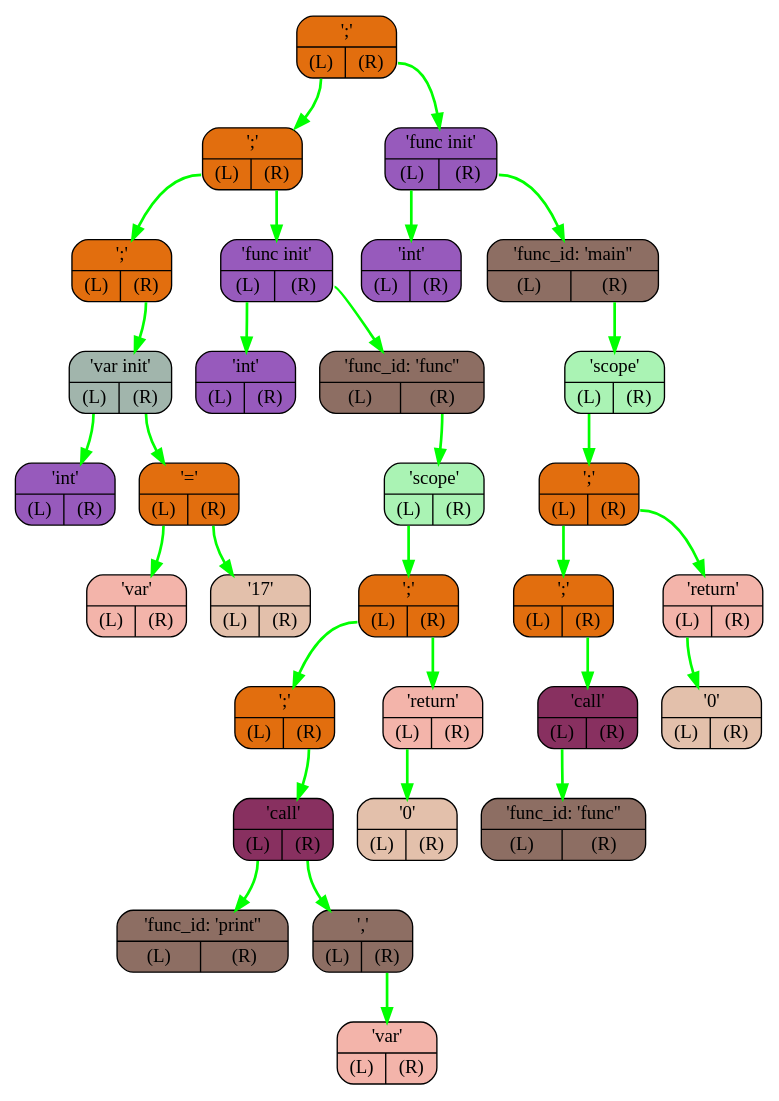
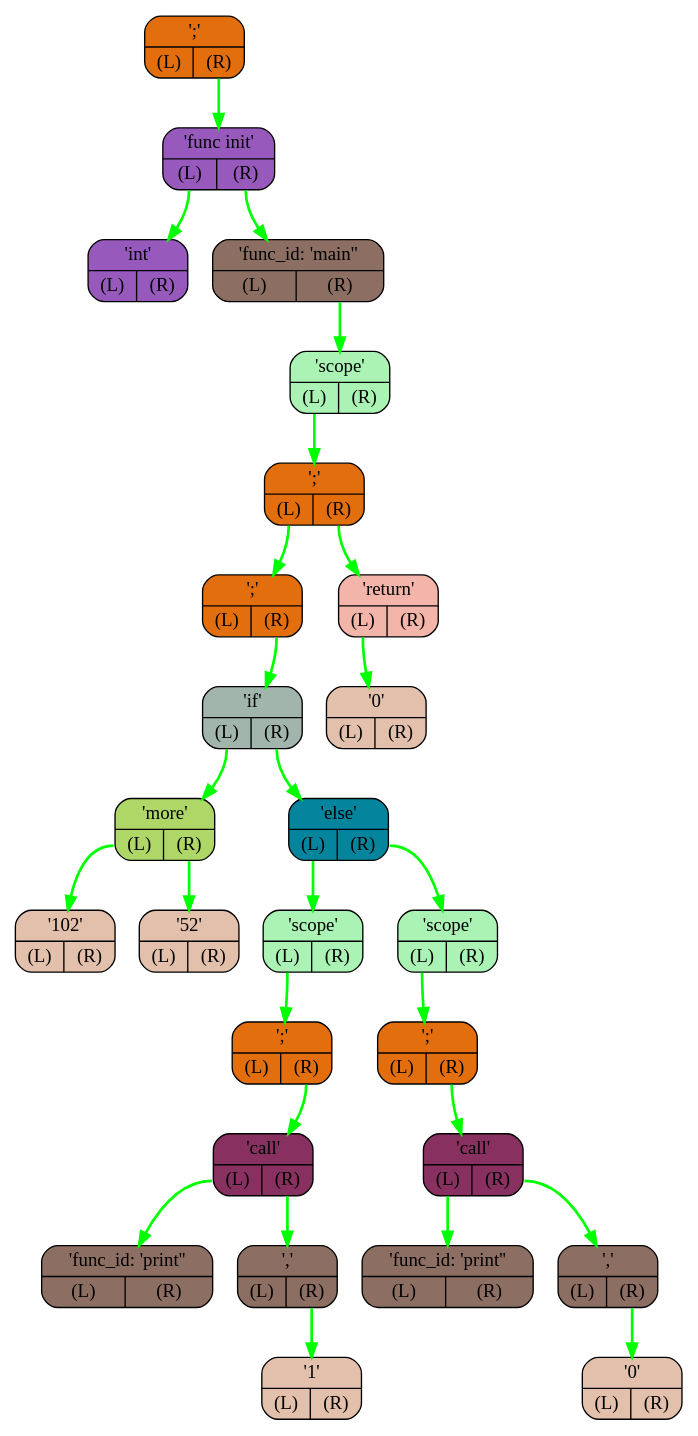
One commit to I1Va/OptimaLang changed the diagram in BackEnd/logs/graph.dot. Above: the diagram before and after it, drawn with Graphviz. The commit also changed 13 other files, not shown here.

```diff
--- a/BackEnd/logs/graph.dot
+++ b/BackEnd/logs/graph.dot
@@ -1,62 +1,54 @@
 digraph G{
     rankdir=TB;
-    NODE0x7ffdbaf1b1d8[shape="Mrecord",color="black",fillcolor="#e26e0e",style="filled",label="{';' | {<L> (L) | <R> (R)}}"]
-    NODE0x7ffdbaf1b200[shape="Mrecord",color="black",fillcolor="#e26e0e",style="filled",label="{';' | {<L> (L) | <R> (R)}}"]
-    NODE0x7ffdbaf1b228[shape="Mrecord",color="black",fillcolor="#e26e0e",style="filled",label="{';' | {<L> (L) | <R> (R)}}"]
-    NODE0x7ffdbaf1b250[shape="Mrecord",color="black",fillcolor="#a1b5ac",style="filled",label="{'var init' | {<L> (L) | <R> (R)}}"]
-    NODE0x7ffdbaf1b278[shape="Mrecord",color="black",fillcolor="#975abc",style="filled",label="{'int' | {<L> (L) | <R> (R)}}"]
-    NODE0x7ffdbaf1b2a0[shape="Mrecord",color="black",fillcolor="#e26e0e",style="filled",label="{'=' | {<L> (L) | <R> (R)}}"]
-    NODE0x7ffdbaf1b2c8[shape="Mrecord",color="black",fillcolor="#f3b4aa",style="filled",label="{'var' | {<L> (L) | <R> (R)}}"]
-    NODE0x7ffdbaf1b2f0[shape="Mrecord",color="black",fillcolor="#e3c0ab",style="filled",label="{'17' | {<L> (L) | <R> (R)}}"]
-    NODE0x7ffdbaf1b318[shape="Mrecord",color="black",fillcolor="#975abc",style="filled",label="{'func init' | {<L> (L) | <R> (R)}}"]
-    NODE0x7ffdbaf1b340[shape="Mrecord",color="black",fillcolor="#975abc",style="filled",label="{'int' | {<L> (L) | <R> (R)}}"]
-    NODE0x7ffdbaf1b368[shape="Mrecord",color="black",fillcolor="#8d6e63",style="filled",label="{'func_id: 'func'' | {<L> (L) | <R> (R)}}"]
-    NODE0x7ffdbaf1b390[shape="Mrecord",color="black",fillcolor="#aaf3b4",style="filled",label="{'scope' | {<L> (L) | <R> (R)}}"]
-    NODE0x7ffdbaf1b3b8[shape="Mrecord",color="black",fillcolor="#e26e0e",style="filled",label="{';' | {<L> (L) | <R> (R)}}"]
-    NODE0x7ffdbaf1b3e0[shape="Mrecord",color="black",fillcolor="#e26e0e",style="filled",label="{';' | {<L> (L) | <R> (R)}}"]
-    NODE0x7ffdbaf1b408[shape="Mrecord",color="black",fillcolor="#883060",style="filled",label="{'call' | {<L> (L) | <R> (R)}}"]
-    NODE0x7ffdbaf1b430[shape="Mrecord",color="black",fillcolor="#8d6e63",style="filled",label="{'func_id: 'print'' | {<L> (L) | <R> (R)}}"]
-    NODE0x7ffdbaf1b458[shape="Mrecord",color="black",fillcolor="#8d6e63",style="filled",label="{',' | {<L> (L) | <R> (R)}}"]
-    NODE0x7ffdbaf1b480[shape="Mrecord",color="black",fillcolor="#f3b4aa",style="filled",label="{'var' | {<L> (L) | <R> (R)}}"]
-    NODE0x7ffdbaf1b4a8[shape="Mrecord",color="black",fillcolor="#f3b4aa",style="filled",label="{'return' | {<L> (L) | <R> (R)}}"]
-    NODE0x7ffdbaf1b4d0[shape="Mrecord",color="black",fillcolor="#e3c0ab",style="filled",label="{'0' | {<L> (L) | <R> (R)}}"]
-    NODE0x7ffdbaf1b4f8[shape="Mrecord",color="black",fillcolor="#975abc",style="filled",label="{'func init' | {<L> (L) | <R> (R)}}"]
-    NODE0x7ffdbaf1b520[shape="Mrecord",color="black",fillcolor="#975abc",style="filled",label="{'int' | {<L> (L) | <R> (R)}}"]
-    NODE0x7ffdbaf1b548[shape="Mrecord",color="black",fillcolor="#8d6e63",style="filled",label="{'func_id: 'main'' | {<L> (L) | <R> (R)}}"]
-    NODE0x7ffdbaf1b570[shape="Mrecord",color="black",fillcolor="#aaf3b4",style="filled",label="{'scope' | {<L> (L) | <R> (R)}}"]
-    NODE0x7ffdbaf1b598[shape="Mrecord",color="black",fillcolor="#e26e0e",style="filled",label="{';' | {<L> (L) | <R> (R)}}"]
-    NODE0x7ffdbaf1b5c0[shape="Mrecord",color="black",fillcolor="#e26e0e",style="filled",label="{';' | {<L> (L) | <R> (R)}}"]
-    NODE0x7ffdbaf1b5e8[shape="Mrecord",color="black",fillcolor="#883060",style="filled",label="{'call' | {<L> (L) | <R> (R)}}"]
-    NODE0x7ffdbaf1b610[shape="Mrecord",color="black",fillcolor="#8d6e63",style="filled",label="{'func_id: 'func'' | {<L> (L) | <R> (R)}}"]
-    NODE0x7ffdbaf1b638[shape="Mrecord",color="black",fillcolor="#f3b4aa",style="filled",label="{'return' | {<L> (L) | <R> (R)}}"]
-    NODE0x7ffdbaf1b660[shape="Mrecord",color="black",fillcolor="#e3c0ab",style="filled",label="{'0' | {<L> (L) | <R> (R)}}"]
-    NODE0x7ffdbaf1b2a0:L-> NODE0x7ffdbaf1b2c8 [color="#00FF00",penwidth=2,label=""]
-    NODE0x7ffdbaf1b2a0:R-> NODE0x7ffdbaf1b2f0 [color="#00FF00",penwidth=2,label=""]
-    NODE0x7ffdbaf1b250:L-> NODE0x7ffdbaf1b278 [color="#00FF00",penwidth=2,label=""]
-    NODE0x7ffdbaf1b250:R-> NODE0x7ffdbaf1b2a0 [color="#00FF00",penwidth=2,label=""]
-    NODE0x7ffdbaf1b228:R-> NODE0x7ffdbaf1b250 [color="#00FF00",penwidth=2,label=""]
-    NODE0x7ffdbaf1b458:R-> NODE0x7ffdbaf1b480 [color="#00FF00",penwidth=2,label=""]
-    NODE0x7ffdbaf1b408:L-> NODE0x7ffdbaf1b430 [color="#00FF00",penwidth=2,label=""]
-    NODE0x7ffdbaf1b408:R-> NODE0x7ffdbaf1b458 [color="#00FF00",penwidth=2,label=""]
-    NODE0x7ffdbaf1b3e0:R-> NODE0x7ffdbaf1b408 [color="#00FF00",penwidth=2,label=""]
-    NODE0x7ffdbaf1b4a8:L-> NODE0x7ffdbaf1b4d0 [color="#00FF00",penwidth=2,label=""]
-    NODE0x7ffdbaf1b3b8:L-> NODE0x7ffdbaf1b3e0 [color="#00FF00",penwidth=2,label=""]
-    NODE0x7ffdbaf1b3b8:R-> NODE0x7ffdbaf1b4a8 [color="#00FF00",penwidth=2,label=""]
-    NODE0x7ffdbaf1b390:L-> NODE0x7ffdbaf1b3b8 [color="#00FF00",penwidth=2,label=""]
-    NODE0x7ffdbaf1b368:R-> NODE0x7ffdbaf1b390 [color="#00FF00",penwidth=2,label=""]
-    NODE0x7ffdbaf1b318:L-> NODE0x7ffdbaf1b340 [color="#00FF00",penwidth=2,label=""]
-    NODE0x7ffdbaf1b318:R-> NODE0x7ffdbaf1b368 [color="#00FF00",penwidth=2,label=""]
-    NODE0x7ffdbaf1b200:L-> NODE0x7ffdbaf1b228 [color="#00FF00",penwidth=2,label=""]
-    NODE0x7ffdbaf1b200:R-> NODE0x7ffdbaf1b318 [color="#00FF00",penwidth=2,label=""]
-    NODE0x7ffdbaf1b5e8:L-> NODE0x7ffdbaf1b610 [color="#00FF00",penwidth=2,label=""]
-    NODE0x7ffdbaf1b5c0:R-> NODE0x7ffdbaf1b5e8 [color="#00FF00",penwidth=2,label=""]
-    NODE0x7ffdbaf1b638:L-> NODE0x7ffdbaf1b660 [color="#00FF00",penwidth=2,label=""]
-    NODE0x7ffdbaf1b598:L-> NODE0x7ffdbaf1b5c0 [color="#00FF00",penwidth=2,label=""]
-    NODE0x7ffdbaf1b598:R-> NODE0x7ffdbaf1b638 [color="#00FF00",penwidth=2,label=""]
-    NODE0x7ffdbaf1b570:L-> NODE0x7ffdbaf1b598 [color="#00FF00",penwidth=2,label=""]
-    NODE0x7ffdbaf1b548:R-> NODE0x7ffdbaf1b570 [color="#00FF00",penwidth=2,label=""]
-    NODE0x7ffdbaf1b4f8:L-> NODE0x7ffdbaf1b520 [color="#00FF00",penwidth=2,label=""]
-    NODE0x7ffdbaf1b4f8:R-> NODE0x7ffdbaf1b548 [color="#00FF00",penwidth=2,label=""]
-    NODE0x7ffdbaf1b1d8:L-> NODE0x7ffdbaf1b200 [color="#00FF00",penwidth=2,label=""]
-    NODE0x7ffdbaf1b1d8:R-> NODE0x7ffdbaf1b4f8 [color="#00FF00",penwidth=2,label=""]
+    NODE0x7ffe70d49f98[shape="Mrecord",color="black",fillcolor="#e26e0e",style="filled",label="{';' | {<L> (L) | <R> (R)}}"]
+    NODE0x7ffe70d49fc0[shape="Mrecord",color="black",fillcolor="#975abc",style="filled",label="{'func init' | {<L> (L) | <R> (R)}}"]
+    NODE0x7ffe70d49fe8[shape="Mrecord",color="black",fillcolor="#975abc",style="filled",label="{'int' | {<L> (L) | <R> (R)}}"]
+    NODE0x7ffe70d4a010[shape="Mrecord",color="black",fillcolor="#8d6e63",style="filled",label="{'func_id: 'main'' | {<L> (L) | <R> (R)}}"]
+    NODE0x7ffe70d4a038[shape="Mrecord",color="black",fillcolor="#aaf3b4",style="filled",label="{'scope' | {<L> (L) | <R> (R)}}"]
+    NODE0x7ffe70d4a060[shape="Mrecord",color="black",fillcolor="#e26e0e",style="filled",label="{';' | {<L> (L) | <R> (R)}}"]
+    NODE0x7ffe70d4a088[shape="Mrecord",color="black",fillcolor="#e26e0e",style="filled",label="{';' | {<L> (L) | <R> (R)}}"]
+    NODE0x7ffe70d4a0b0[shape="Mrecord",color="black",fillcolor="#a1b5ac",style="filled",label="{'if' | {<L> (L) | <R> (R)}}"]
+    NODE0x7ffe70d4a0d8[shape="Mrecord",color="black",fillcolor="#aed768",style="filled",label="{'more' | {<L> (L) | <R> (R)}}"]
+    NODE0x7ffe70d4a100[shape="Mrecord",color="black",fillcolor="#e3c0ab",style="filled",label="{'102' | {<L> (L) | <R> (R)}}"]
+    NODE0x7ffe70d4a128[shape="Mrecord",color="black",fillcolor="#e3c0ab",style="filled",label="{'52' | {<L> (L) | <R> (R)}}"]
+    NODE0x7ffe70d4a150[shape="Mrecord",color="black",fillcolor="#04859D",style="filled",label="{'else' | {<L> (L) | <R> (R)}}"]
+    NODE0x7ffe70d4a178[shape="Mrecord",color="black",fillcolor="#aaf3b4",style="filled",label="{'scope' | {<L> (L) | <R> (R)}}"]
+    NODE0x7ffe70d4a1a0[shape="Mrecord",color="black",fillcolor="#e26e0e",style="filled",label="{';' | {<L> (L) | <R> (R)}}"]
+    NODE0x7ffe70d4a1c8[shape="Mrecord",color="black",fillcolor="#883060",style="filled",label="{'call' | {<L> (L) | <R> (R)}}"]
+    NODE0x7ffe70d4a1f0[shape="Mrecord",color="black",fillcolor="#8d6e63",style="filled",label="{'func_id: 'print'' | {<L> (L) | <R> (R)}}"]
+    NODE0x7ffe70d4a218[shape="Mrecord",color="black",fillcolor="#8d6e63",style="filled",label="{',' | {<L> (L) | <R> (R)}}"]
+    NODE0x7ffe70d4a240[shape="Mrecord",color="black",fillcolor="#e3c0ab",style="filled",label="{'1' | {<L> (L) | <R> (R)}}"]
+    NODE0x7ffe70d4a268[shape="Mrecord",color="black",fillcolor="#aaf3b4",style="filled",label="{'scope' | {<L> (L) | <R> (R)}}"]
+    NODE0x7ffe70d4a290[shape="Mrecord",color="black",fillcolor="#e26e0e",style="filled",label="{';' | {<L> (L) | <R> (R)}}"]
+    NODE0x7ffe70d4a2b8[shape="Mrecord",color="black",fillcolor="#883060",style="filled",label="{'call' | {<L> (L) | <R> (R)}}"]
+    NODE0x7ffe70d4a2e0[shape="Mrecord",color="black",fillcolor="#8d6e63",style="filled",label="{'func_id: 'print'' | {<L> (L) | <R> (R)}}"]
+    NODE0x7ffe70d4a308[shape="Mrecord",color="black",fillcolor="#8d6e63",style="filled",label="{',' | {<L> (L) | <R> (R)}}"]
+    NODE0x7ffe70d4a330[shape="Mrecord",color="black",fillcolor="#e3c0ab",style="filled",label="{'0' | {<L> (L) | <R> (R)}}"]
+    NODE0x7ffe70d4a358[shape="Mrecord",color="black",fillcolor="#f3b4aa",style="filled",label="{'return' | {<L> (L) | <R> (R)}}"]
+    NODE0x7ffe70d4a380[shape="Mrecord",color="black",fillcolor="#e3c0ab",style="filled",label="{'0' | {<L> (L) | <R> (R)}}"]
+    NODE0x7ffe70d4a0d8:L-> NODE0x7ffe70d4a100 [color="#00FF00",penwidth=2,label=""]
+    NODE0x7ffe70d4a0d8:R-> NODE0x7ffe70d4a128 [color="#00FF00",penwidth=2,label=""]
+    NODE0x7ffe70d4a218:R-> NODE0x7ffe70d4a240 [color="#00FF00",penwidth=2,label=""]
+    NODE0x7ffe70d4a1c8:L-> NODE0x7ffe70d4a1f0 [color="#00FF00",penwidth=2,label=""]
+    NODE0x7ffe70d4a1c8:R-> NODE0x7ffe70d4a218 [color="#00FF00",penwidth=2,label=""]
+    NODE0x7ffe70d4a1a0:R-> NODE0x7ffe70d4a1c8 [color="#00FF00",penwidth=2,label=""]
+    NODE0x7ffe70d4a178:L-> NODE0x7ffe70d4a1a0 [color="#00FF00",penwidth=2,label=""]
+    NODE0x7ffe70d4a308:R-> NODE0x7ffe70d4a330 [color="#00FF00",penwidth=2,label=""]
+    NODE0x7ffe70d4a2b8:L-> NODE0x7ffe70d4a2e0 [color="#00FF00",penwidth=2,label=""]
+    NODE0x7ffe70d4a2b8:R-> NODE0x7ffe70d4a308 [color="#00FF00",penwidth=2,label=""]
+    NODE0x7ffe70d4a290:R-> NODE0x7ffe70d4a2b8 [color="#00FF00",penwidth=2,label=""]
+    NODE0x7ffe70d4a268:L-> NODE0x7ffe70d4a290 [color="#00FF00",penwidth=2,label=""]
+    NODE0x7ffe70d4a150:L-> NODE0x7ffe70d4a178 [color="#00FF00",penwidth=2,label=""]
+    NODE0x7ffe70d4a150:R-> NODE0x7ffe70d4a268 [color="#00FF00",penwidth=2,label=""]
+    NODE0x7ffe70d4a0b0:L-> NODE0x7ffe70d4a0d8 [color="#00FF00",penwidth=2,label=""]
+    NODE0x7ffe70d4a0b0:R-> NODE0x7ffe70d4a150 [color="#00FF00",penwidth=2,label=""]
+    NODE0x7ffe70d4a088:R-> NODE0x7ffe70d4a0b0 [color="#00FF00",penwidth=2,label=""]
+    NODE0x7ffe70d4a358:L-> NODE0x7ffe70d4a380 [color="#00FF00",penwidth=2,label=""]
+    NODE0x7ffe70d4a060:L-> NODE0x7ffe70d4a088 [color="#00FF00",penwidth=2,label=""]
+    NODE0x7ffe70d4a060:R-> NODE0x7ffe70d4a358 [color="#00FF00",penwidth=2,label=""]
+    NODE0x7ffe70d4a038:L-> NODE0x7ffe70d4a060 [color="#00FF00",penwidth=2,label=""]
+    NODE0x7ffe70d4a010:R-> NODE0x7ffe70d4a038 [color="#00FF00",penwidth=2,label=""]
+    NODE0x7ffe70d49fc0:L-> NODE0x7ffe70d49fe8 [color="#00FF00",penwidth=2,label=""]
+    NODE0x7ffe70d49fc0:R-> NODE0x7ffe70d4a010 [color="#00FF00",penwidth=2,label=""]
+    NODE0x7ffe70d49f98:R-> NODE0x7ffe70d49fc0 [color="#00FF00",penwidth=2,label=""]
 }
```
